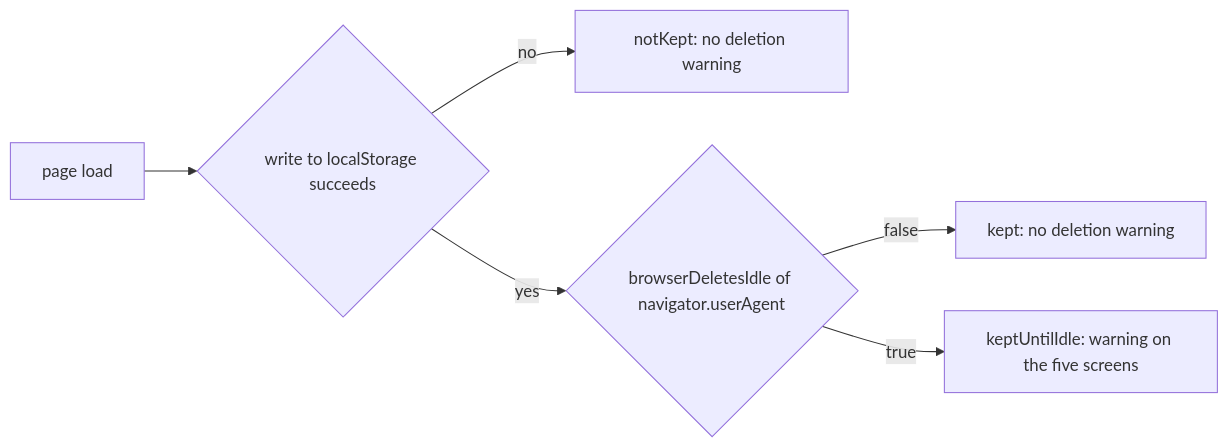
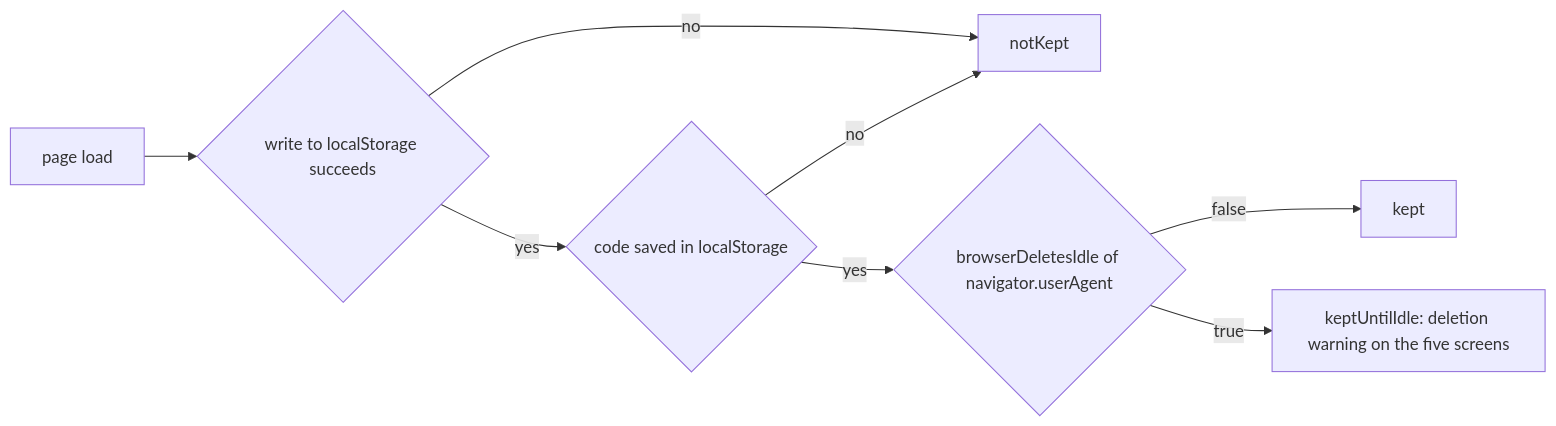
The diagram in plans/2026-11-17-badges-browser-deletes-codes.md (simplex-chat/simplex-chat), drawn with Mermaid before and after one commit. The commit also changed other lines of this file, not shown here.

Commit message:
plans: badges warning box titles and the phone list row

````diff
--- a/plans/2026-11-17-badges-browser-deletes-codes.md
+++ b/plans/2026-11-17-badges-browser-deletes-codes.md
@@ -50,8 +34,10 @@
 ```mermaid
 flowchart LR
   load[page load] --> w0{write to localStorage succeeds}
-  w0 -->|no| nk[notKept: no deletion warning]
-  w0 -->|yes| d{browserDeletesIdle of navigator.userAgent}
-  d -->|false| k[kept: no deletion warning]
-  d -->|true| u[keptUntilIdle: warning on the five screens]
+  w0 -->|no| nk[notKept]
+  w0 -->|yes| s{code saved in localStorage}
+  s -->|no| nk
+  s -->|yes| d{browserDeletesIdle of navigator.userAgent}
+  d -->|false| k[kept]
+  d -->|true| u[keptUntilIdle: deletion warning on the five screens]
 ```
````
